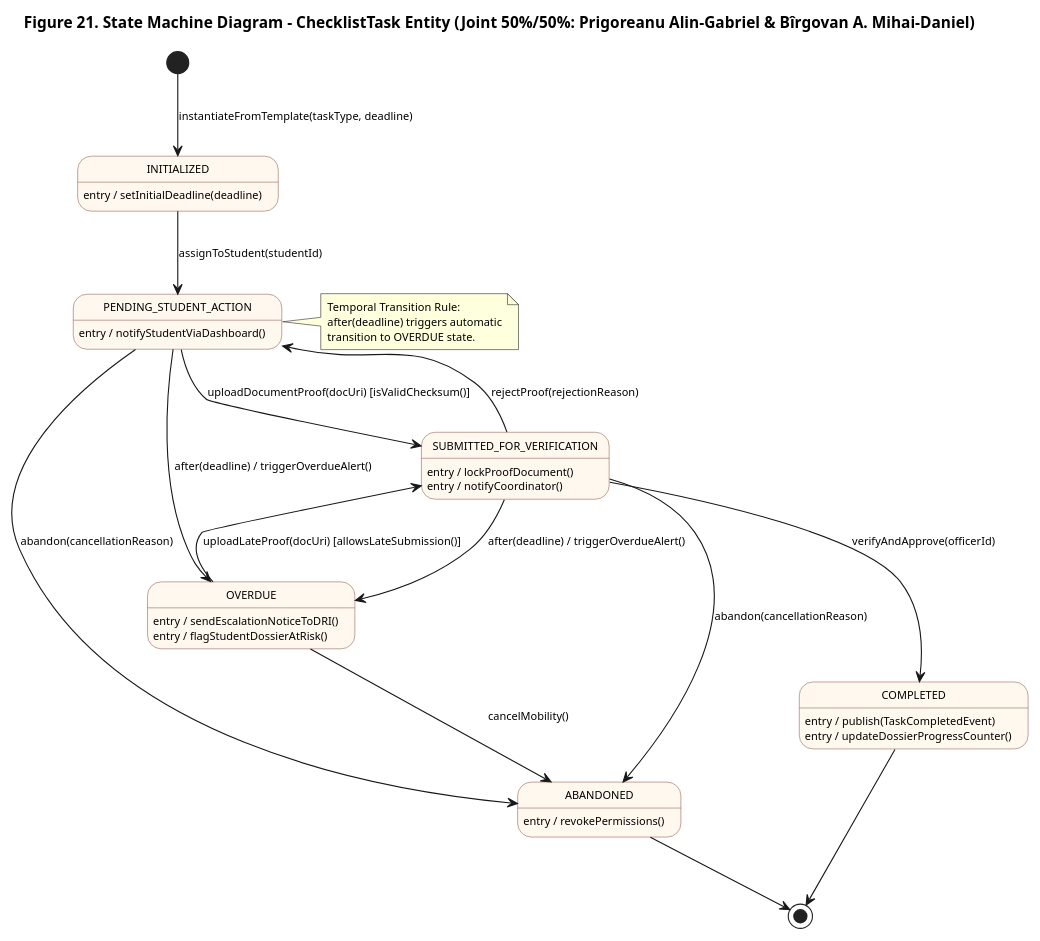
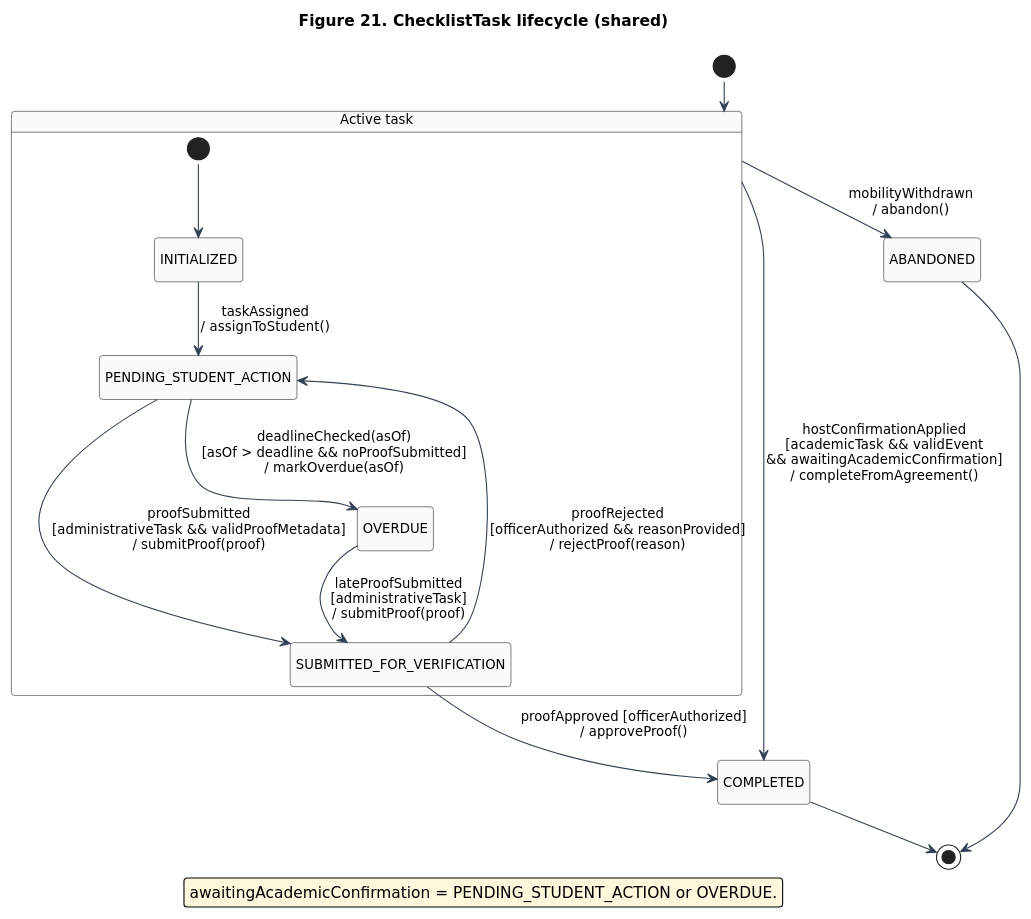
One commit to prigo929/erasmus-mobility-platform changed the diagram in docs/diagrams/fig21-statemachine-checklist-task.puml. Above: the diagram before and after it, drawn with PlantUML. The commit also changed other lines of this file and 88 other files, not shown here.

Commit message:
Align Erasmus use cases and diagrams

```diff
--- a/docs/diagrams/fig21-statemachine-checklist-task.puml
+++ b/docs/diagrams/fig21-statemachine-checklist-task.puml
@@ -1,65 +1,31 @@
 @startuml
-title Figure 21. State Machine Diagram - ChecklistTask Entity (Joint 50%/50%: Prigoreanu Alin-Gabriel & Bîrgovan A. Mihai-Daniel)
-skinparam backgroundColor #FFFFFF
-skinparam defaultFontName "Helvetica", "Arial", sans-serif
-skinparam defaultFontSize 10
-skinparam state {
-  BackgroundColor #FFF8EE
-  BorderColor #8D5B4C
-  FontSize 10
-  HeaderBackgroundColor #FCEBD9
+!pragma layout smetana
+skinparam defaultFontName DejaVu Sans
+skinparam defaultFontSize 12
+skinparam shadowing false
+skinparam ranksep 25
+skinparam nodesep 25
+skinparam roundcorner 6
+skinparam ArrowColor #334155
+skinparam stateBackgroundColor #F8FAFC
+skinparam legendBackgroundColor #FFF7DB
+hide empty description
+title Figure 21. ChecklistTask lifecycle (shared)
+state "Active task" as ActiveTask {
+ [*] --> INITIALIZED
+ INITIALIZED --> PENDING_STUDENT_ACTION : taskAssigned\n/ assignToStudent()
+ PENDING_STUDENT_ACTION --> SUBMITTED_FOR_VERIFICATION : proofSubmitted\n[administrativeTask && validProofMetadata]\n/ submitProof(proof)
+ SUBMITTED_FOR_VERIFICATION --> PENDING_STUDENT_ACTION : proofRejected\n[officerAuthorized && reasonProvided]\n/ rejectProof(reason)
+ PENDING_STUDENT_ACTION --> OVERDUE : deadlineChecked(asOf)\n[asOf > deadline && noProofSubmitted]\n/ markOverdue(asOf)
+ OVERDUE --> SUBMITTED_FOR_VERIFICATION : lateProofSubmitted\n[administrativeTask]\n/ submitProof(proof)
 }
-
-[*] --> INITIALIZED : instantiateFromTemplate(taskType, deadline)
-
-state INITIALIZED {
-  INITIALIZED : entry / setInitialDeadline(deadline)
-}
-
-INITIALIZED --> PENDING_STUDENT_ACTION : assignToStudent(studentId)
-
-state PENDING_STUDENT_ACTION {
-  PENDING_STUDENT_ACTION : entry / notifyStudentViaDashboard()
-}
-
-PENDING_STUDENT_ACTION --> SUBMITTED_FOR_VERIFICATION : uploadDocumentProof(docUri) [isValidChecksum()]
-PENDING_STUDENT_ACTION --> OVERDUE : after(deadline) / triggerOverdueAlert()
-PENDING_STUDENT_ACTION --> ABANDONED : abandon(cancellationReason)
-
-state SUBMITTED_FOR_VERIFICATION {
-  SUBMITTED_FOR_VERIFICATION : entry / lockProofDocument()
-  SUBMITTED_FOR_VERIFICATION : entry / notifyCoordinator()
-}
-
-SUBMITTED_FOR_VERIFICATION --> COMPLETED : verifyAndApprove(officerId)
-SUBMITTED_FOR_VERIFICATION --> PENDING_STUDENT_ACTION : rejectProof(rejectionReason)
-SUBMITTED_FOR_VERIFICATION --> OVERDUE : after(deadline) / triggerOverdueAlert()
-SUBMITTED_FOR_VERIFICATION --> ABANDONED : abandon(cancellationReason)
-
-state OVERDUE {
-  OVERDUE : entry / sendEscalationNoticeToDRI()
-  OVERDUE : entry / flagStudentDossierAtRisk()
-}
-
-OVERDUE --> SUBMITTED_FOR_VERIFICATION : uploadLateProof(docUri) [allowsLateSubmission()]
-OVERDUE --> ABANDONED : cancelMobility()
-
-state COMPLETED {
-  COMPLETED : entry / publish(TaskCompletedEvent)
-  COMPLETED : entry / updateDossierProgressCounter()
-}
-
-state ABANDONED {
-  ABANDONED : entry / revokePermissions()
-}
-
+[*] --> ActiveTask
+SUBMITTED_FOR_VERIFICATION --> COMPLETED : proofApproved [officerAuthorized]\n/ approveProof()
+ActiveTask --> COMPLETED : hostConfirmationApplied\n[academicTask && validEvent\n&& awaitingAcademicConfirmation]\n/ completeFromAgreement()
+ActiveTask --> ABANDONED : mobilityWithdrawn\n/ abandon()
 COMPLETED --> [*]
 ABANDONED --> [*]
-
-note right of PENDING_STUDENT_ACTION
-  Temporal Transition Rule:
-  after(deadline) triggers automatic
-  transition to OVERDUE state.
-end note
-
+legend bottom
+ awaitingAcademicConfirmation = PENDING_STUDENT_ACTION or OVERDUE.
+endlegend
 @enduml
```
